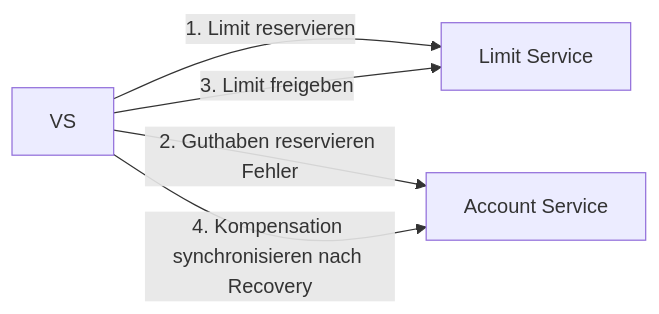
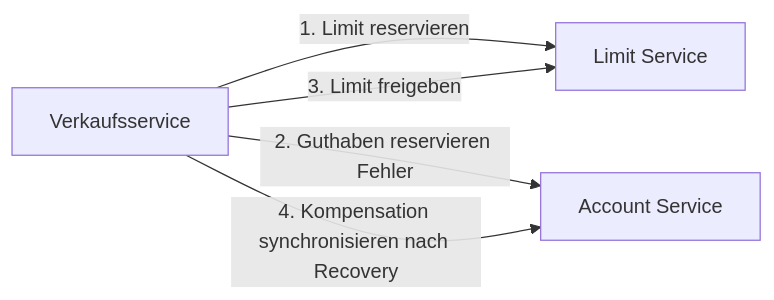
Before and after one commit to Adrian-Hansen-dev/second-hand-ticket-app: the third of 28 diagrams in project-2/abgabe_projekt_2.md, drawn with Mermaid.

Commit message:
fix inconsistent naming

````diff
--- a/project-2/abgabe_projekt_2.md
+++ b/project-2/abgabe_projekt_2.md
@@ -127,10 +127,11 @@
 ```mermaid
 flowchart LR
+    VS[Verkaufsservice]
     LS[Limit Service]
     AS[Account Service]
 
     VS -->|1. Limit reservieren| LS
     VS -->|2. Guthaben reservieren Fehler| AS
     VS -->|3. Limit freigeben| LS
     VS -->|4. Kompensation synchronisieren nach Recovery| AS
 ```
````
